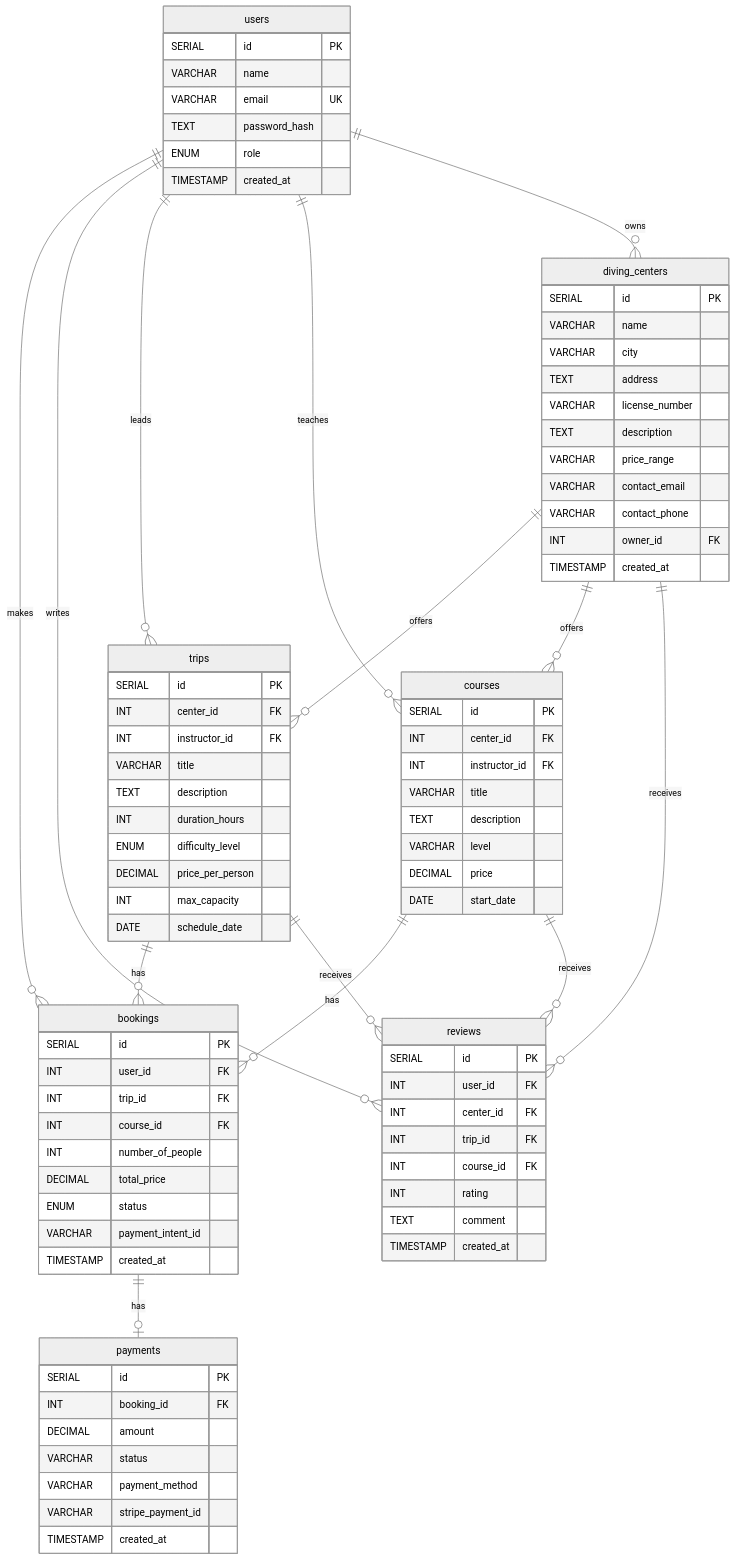
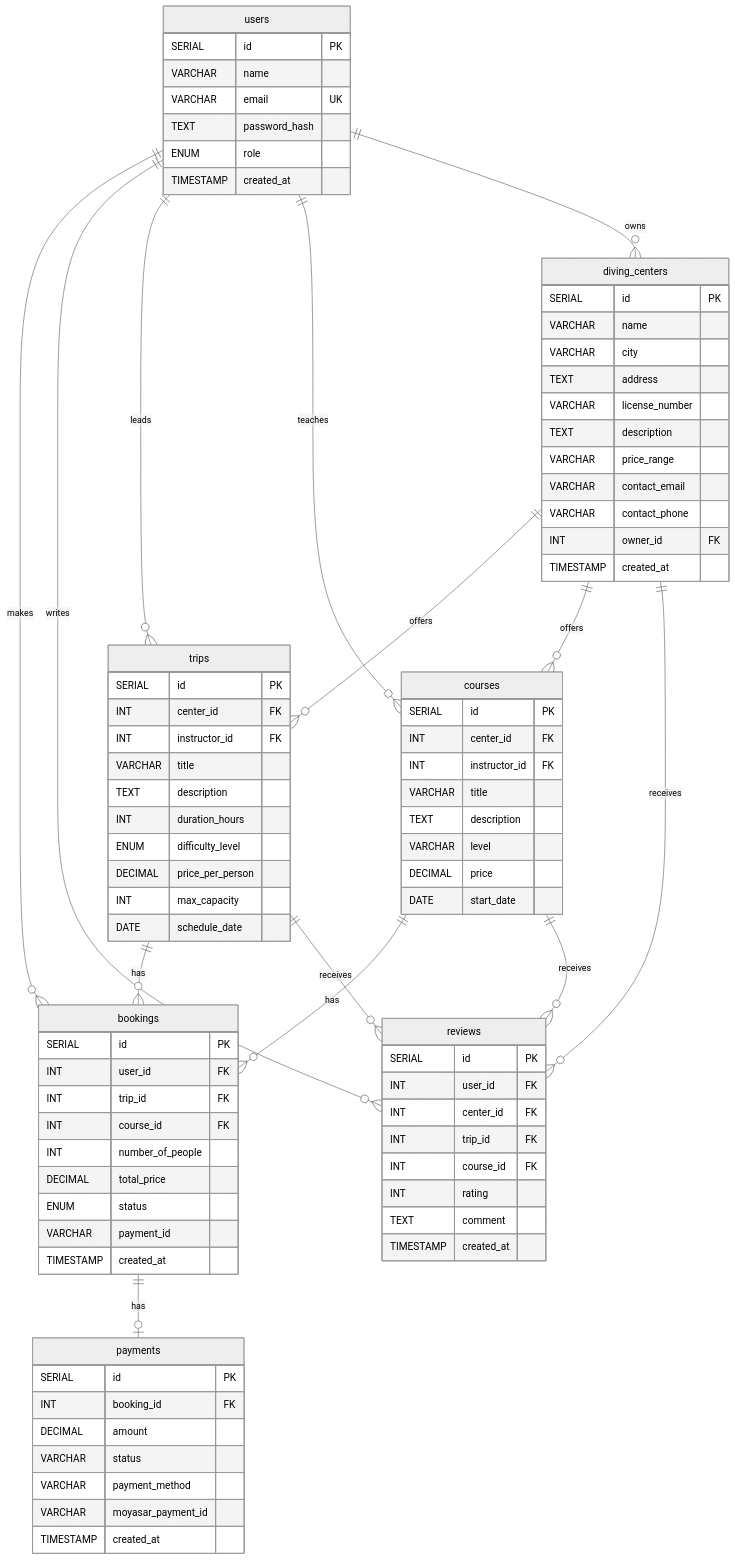
The third of 6 diagrams in stage3/README.md (laradreamer79/Portfolio-Project), drawn with Mermaid (neutral theme) before and after one commit. The commit also changed other lines of this file and 42 other files, not shown here.

```diff
--- a/stage3/README.md
+++ b/stage3/README.md
@@ -517,7 +517,7 @@
     INT number_of_people
     DECIMAL total_price
     ENUM status
-    VARCHAR payment_intent_id
+    VARCHAR payment_id
     TIMESTAMP created_at
 }
 
@@ -527,7 +527,7 @@
     DECIMAL amount
     VARCHAR status
     VARCHAR payment_method
-    VARCHAR stripe_payment_id
+    VARCHAR moyasar_payment_id
     TIMESTAMP created_at
 }
 
```
